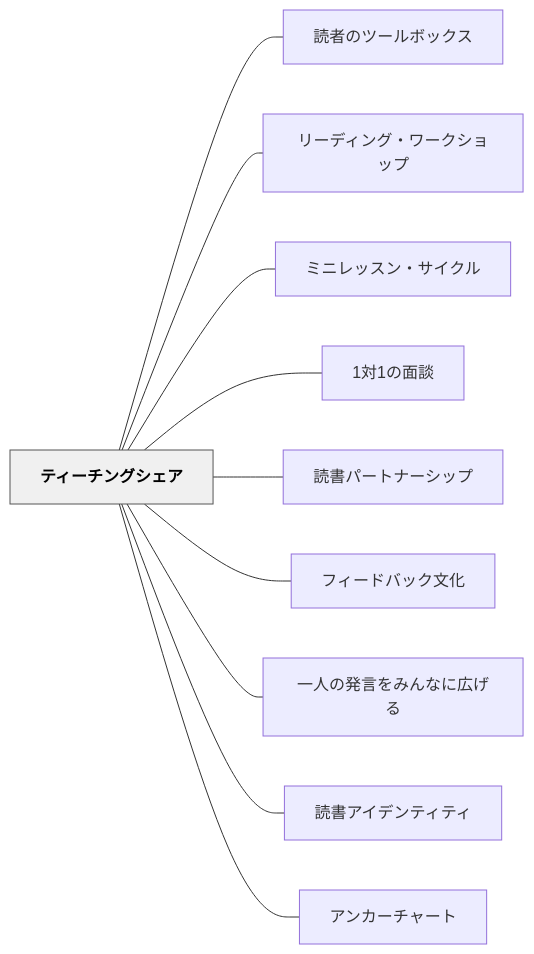
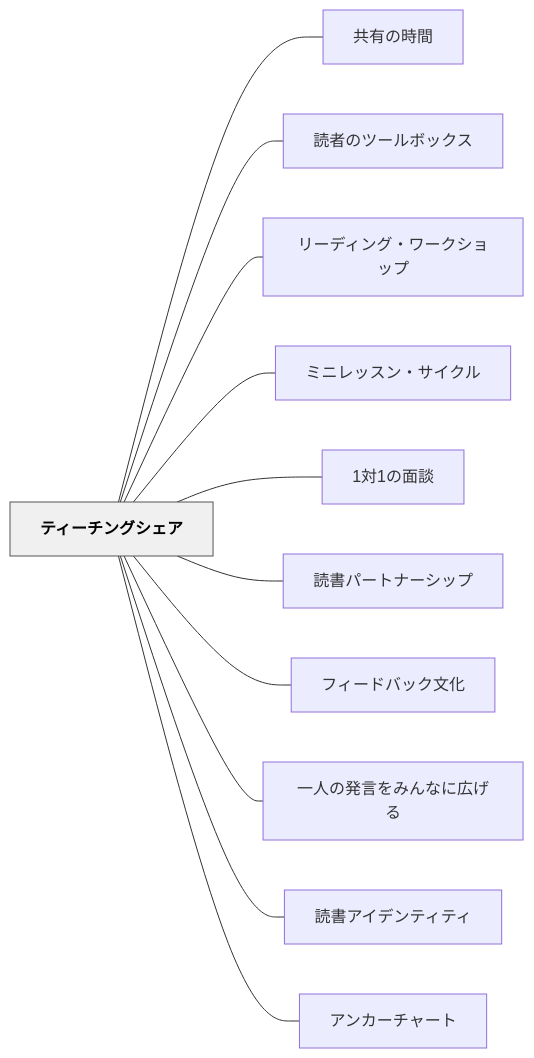
Before and after one commit to unknownthings-ed-patterns/unknownthings-ed-patterns: the diagram in content/パタン/ティーチングシェア.md, drawn with Mermaid. The commit also changed other lines of this file and 47 other files, not shown here.

````diff
--- a/content/パタン/ティーチングシェア.md
+++ b/content/パタン/ティーチングシェア.md
@@ -108,26 +109,28 @@
 ```mermaid
 flowchart LR
     ne38386e382a3e383bce38381e383b3e382b0e382b7e382a7e382a2["ティーチングシェア"]
+    ne585b1e69c89e381aee69982e99693["共有の時間"]
     ne8aaade88085e381aee38384e383bce383abe3839ce38383e382afe382b9["読者のツールボックス"]
     ne383aae383bce38387e382a3e383b3e382b0e383bbe383afe383bce382afe382b7e383a7e38383e38397["リーディング・ワークショップ"]
     ne3839fe3838be383ace38383e382b9e383b3e383bbe382b5e382a4e382afe383ab["ミニレッスン・サイクル"]
     n31e5afbe31e381aee99da2e8ab87["1対1の面談"]
     ne8aaade69bb8e38391e383bce38388e3838ae383bce382b7e38383e38397["読書パートナーシップ"]
     ne38395e382a3e383bce38389e38390e38383e382afe69687e58c96["フィードバック文化"]
     ne4b880e4babae381aee799bae8a880e38292e381bfe38293e381aae381abe5ba83e38192e3828b["一人の発言をみんなに広げる"]
     ne8aaade69bb8e382a2e382a4e38387e383b3e38386e382a3e38386e382a3["読書アイデンティティ"]
     ne382a2e383b3e382abe383bce38381e383a3e383bce38388["アンカーチャート"]
 
+    ne38386e382a3e383bce38381e383b3e382b0e382b7e382a7e382a2 --- ne585b1e69c89e381aee69982e99693
     ne38386e382a3e383bce38381e383b3e382b0e382b7e382a7e382a2 --- ne8aaade88085e381aee38384e383bce383abe3839ce38383e382afe382b9
     ne38386e382a3e383bce38381e383b3e382b0e382b7e382a7e382a2 --- ne383aae383bce38387e382a3e383b3e382b0e383bbe383afe383bce382afe382b7e383a7e38383e38397
     ne38386e382a3e383bce38381e383b3e382b0e382b7e382a7e382a2 --- ne3839fe3838be383ace38383e382b9e383b3e383bbe382b5e382a4e382afe383ab
     ne38386e382a3e383bce38381e383b3e382b0e382b7e382a7e382a2 --- n31e5afbe31e381aee99da2e8ab87
     ne38386e382a3e383bce38381e383b3e382b0e382b7e382a7e382a2 --- ne8aaade69bb8e38391e383bce38388e3838ae383bce382b7e38383e38397
     ne38386e382a3e383bce38381e383b3e382b0e382b7e382a7e382a2 --- ne38395e382a3e383bce38389e38390e38383e382afe69687e58c96
     ne38386e382a3e383bce38381e383b3e382b0e382b7e382a7e382a2 --- ne4b880e4babae381aee799bae8a880e38292e381bfe38293e381aae381abe5ba83e38192e3828b
     ne38386e382a3e383bce38381e383b3e382b0e382b7e382a7e382a2 --- ne8aaade69bb8e382a2e382a4e38387e383b3e38386e382a3e38386e382a3
     ne38386e382a3e383bce38381e383b3e382b0e382b7e382a7e382a2 --- ne382a2e383b3e382abe383bce38381e383a3e383bce38388
 
     classDef hub fill:#f0f0f0,stroke:#555,color:#000,font-weight:bold
     class ne38386e382a3e383bce38381e383b3e382b0e382b7e382a7e382a2 hub
 ```
````
